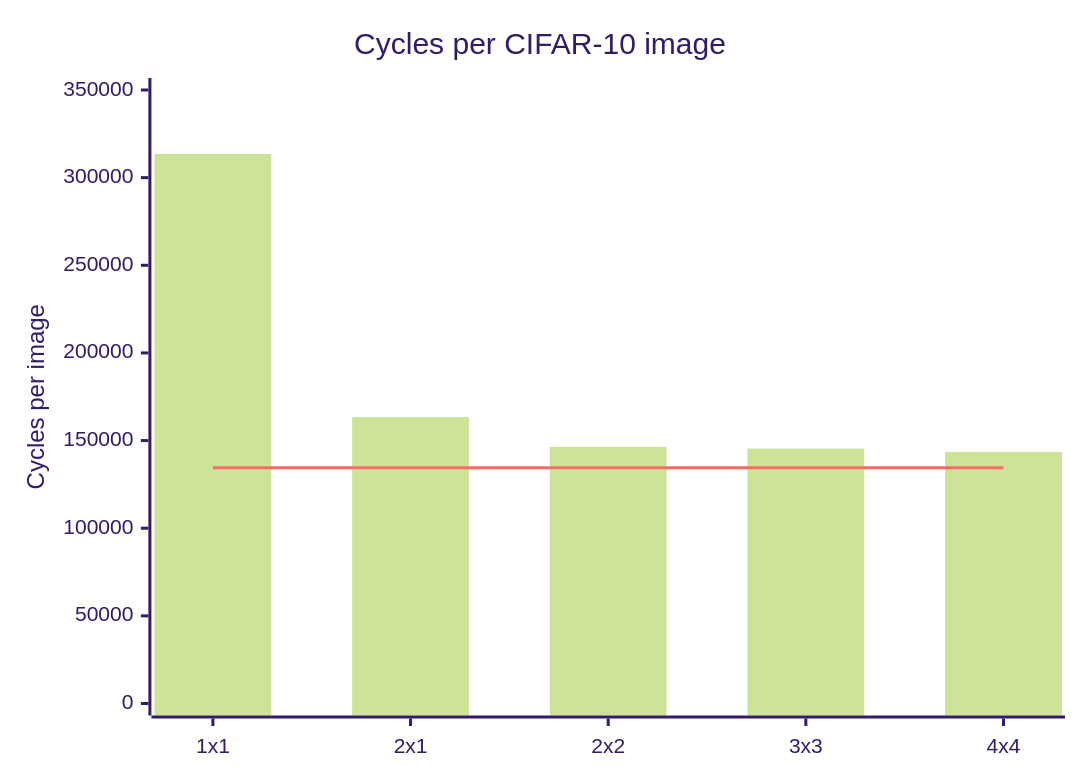
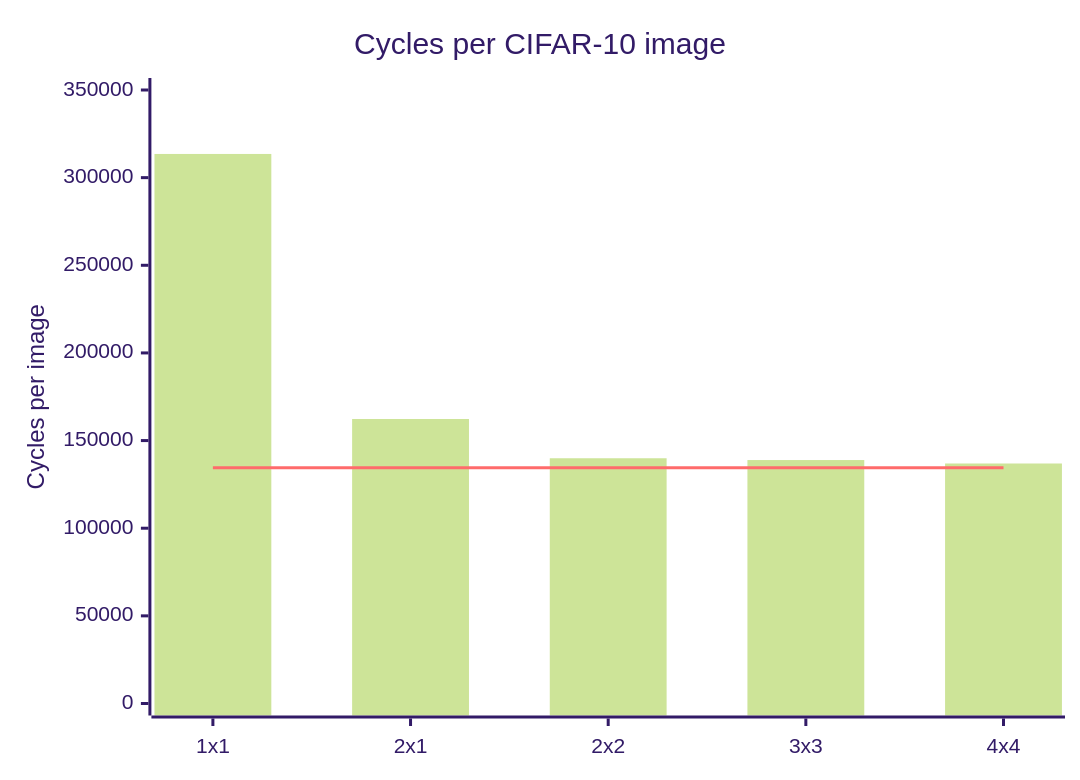
The first of 2 diagrams in docs/perf/scaling.md (dzheng1328/hw-GEMM-accelerator), drawn with Mermaid (forest theme) before and after one commit. The commit also changed other lines of this file and 4 other files, not shown here.

````diff
--- a/docs/perf/scaling.md
+++ b/docs/perf/scaling.md
@@ -24,8 +24,8 @@
 ```mermaid
 xychart-beta
     title "Cycles per CIFAR-10 image"
     x-axis ["1x1", "2x1", "2x2", "3x3", "4x4"]
     y-axis "Cycles per image" 0 --> 350000
-    bar [313516, 163419, 146430, 145415, 143533]
+    bar [313516, 162310, 139913, 138889, 136919]
     line [134482, 134482, 134482, 134482, 134482]
 ```
````
